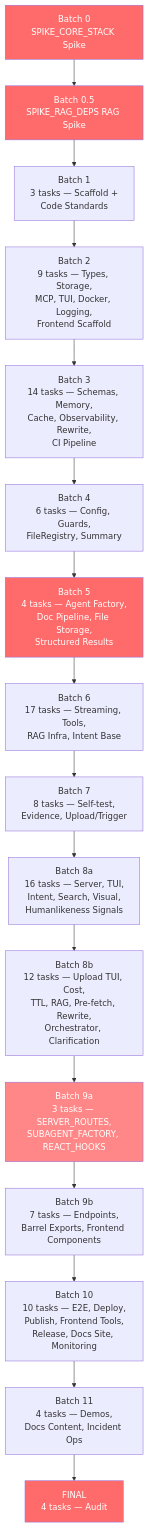
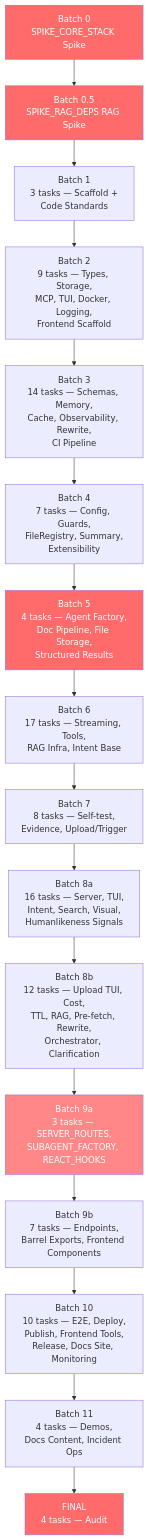
One commit to 1qh/safeagent changed the fourth of 10 diagrams in plan/17-execution.md. Above: the diagram before and after it, drawn with Mermaid. The commit also changed other lines of this file and 4 other files, not shown here.

Commit message:
Integrate extensibility plan: add file 24, update overview, testing (+189 lines), execution (119→120 tasks), and navigation

````diff
--- a/plan/17-execution.md
+++ b/plan/17-execution.md
@@ -456,27 +457,27 @@
 ```mermaid
 graph TB
     BATCH_SPIKE["Batch 0<br/>SPIKE_CORE_STACK Spike"]
     BATCH_RAG_SPIKE["Batch 0.5<br/>SPIKE_RAG_DEPS RAG Spike"]
     BATCH_SCAFFOLD["Batch 1<br/>3 tasks — Scaffold +<br/>Code Standards"]
     BATCH_TYPES_STORAGE["Batch 2<br/>9 tasks — Types, Storage,<br/>MCP, TUI, Docker, Logging,<br/>Frontend Scaffold"]
     BATCH_SCHEMAS_MEMORY["Batch 3<br/>14 tasks — Schemas, Memory,<br/>Cache, Observability, Rewrite,<br/>CI Pipeline"]
-    BATCH_CONFIG_GUARDS["Batch 4<br/>6 tasks — Config, Guards,<br/>FileRegistry, Summary"]
+    BATCH_CONFIG_GUARDS["Batch 4<br/>7 tasks — Config, Guards,<br/>FileRegistry, Summary,<br/>Extensibility"]
     BATCH_AGENT_DOCS["Batch 5<br/>4 tasks — Agent Factory,<br/>Doc Pipeline, File Storage,<br/>Structured Results"]
     BATCH_STREAMING_TOOLS["Batch 6<br/>17 tasks — Streaming, Tools,<br/>RAG Infra, Intent Base"]
     BATCH_EVIDENCE_UPLOAD["Batch 7<br/>8 tasks — Self-test,<br/>Evidence, Upload/Trigger"]
     BATCH_SERVER_TUI["Batch 8a<br/>16 tasks — Server, TUI,<br/>Intent, Search, Visual,<br/>Humanlikeness Signals"]
     BATCH_UPLOAD_COST["Batch 8b<br/>12 tasks — Upload TUI, Cost,<br/>TTL, RAG, Pre-fetch, Rewrite,<br/>Orchestrator, Clarification"]
     BATCH_ROUTES_SUBAGENT["Batch 9a<br/>3 tasks — SERVER_ROUTES,<br/>SUBAGENT_FACTORY, REACT_HOOKS"]
     BATCH_ENDPOINTS["Batch 9b<br/>7 tasks — Endpoints,<br/>Barrel Exports, Frontend Components"]
     BATCH_END_TO_END_DEPLOY["Batch 10<br/>10 tasks — E2E, Deploy,<br/>Publish, Frontend Tools,<br/>Release, Docs Site, Monitoring"]
     BATCH_FRONTEND_DEMOS["Batch 11<br/>4 tasks — Demos,<br/>Docs Content, Incident Ops"]
     BATCH_FINAL_AUDIT["FINAL<br/>4 tasks — Audit"]
 
     BATCH_SPIKE --> BATCH_RAG_SPIKE --> BATCH_SCAFFOLD --> BATCH_TYPES_STORAGE --> BATCH_SCHEMAS_MEMORY --> BATCH_CONFIG_GUARDS --> BATCH_AGENT_DOCS --> BATCH_STREAMING_TOOLS --> BATCH_EVIDENCE_UPLOAD --> BATCH_SERVER_TUI --> BATCH_UPLOAD_COST --> BATCH_ROUTES_SUBAGENT --> BATCH_ENDPOINTS --> BATCH_END_TO_END_DEPLOY --> BATCH_FRONTEND_DEMOS --> BATCH_FINAL_AUDIT
 
     style BATCH_SPIKE fill:#ff6b6b,color:white
     style BATCH_RAG_SPIKE fill:#ff6b6b,color:white
     style BATCH_AGENT_DOCS fill:#ff6b6b,color:white
     style BATCH_ROUTES_SUBAGENT fill:#ff8787,color:white
     style BATCH_FINAL_AUDIT fill:#ff6b6b,color:white
 ```
````
